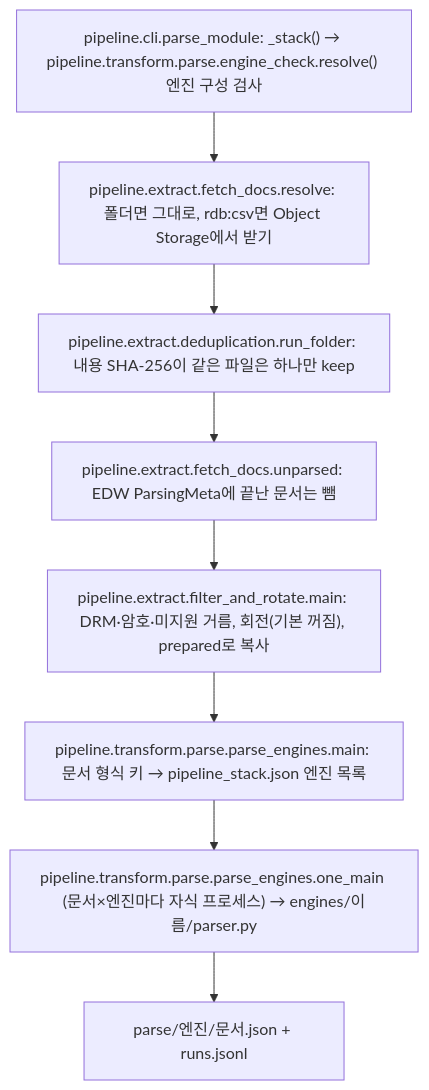
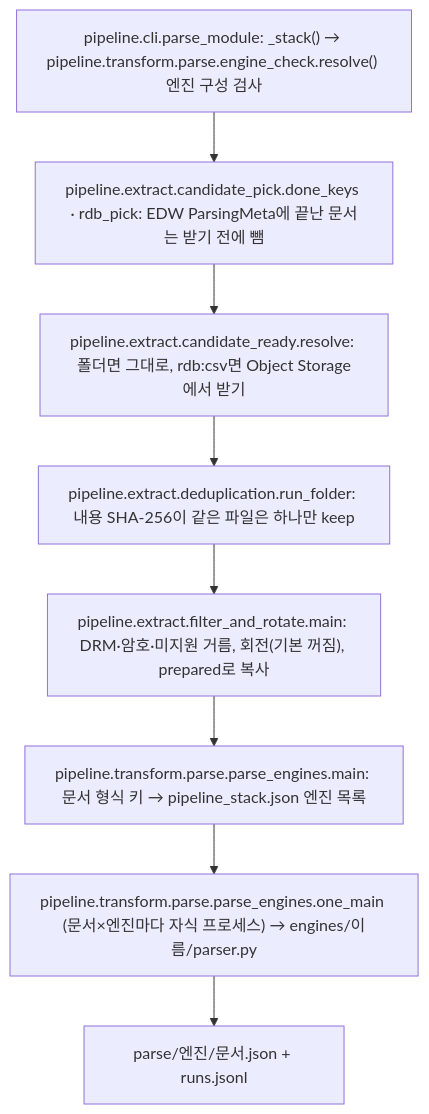
One commit to gigasamba/sbl_data_parsing changed the fourth of 11 diagrams in docs/architecture/parse_flow.md. Above: the diagram before and after it, drawn with Mermaid. The commit also changed other lines of this file and 5 other files, not shown here.

````diff
--- a/docs/architecture/parse_flow.md
+++ b/docs/architecture/parse_flow.md
@@ -163,12 +166,12 @@
 ```mermaid
 flowchart TD
     S0["pipeline.cli.parse_module: _stack() → pipeline.transform.parse.engine_check.resolve() 엔진 구성 검사"]
-    S1["pipeline.extract.fetch_docs.resolve: 폴더면 그대로, rdb:csv면 Object Storage에서 받기"]
-    S2["pipeline.extract.deduplication.run_folder: 내용 SHA-256이 같은 파일은 하나만 keep"]
-    S3["pipeline.extract.fetch_docs.unparsed: EDW ParsingMeta에 끝난 문서는 뺌"]
+    S1["pipeline.extract.candidate_pick.done_keys · rdb_pick: EDW ParsingMeta에 끝난 문서는 받기 전에 뺌"]
+    S2["pipeline.extract.candidate_ready.resolve: 폴더면 그대로, rdb:csv면 Object Storage에서 받기"]
+    S3["pipeline.extract.deduplication.run_folder: 내용 SHA-256이 같은 파일은 하나만 keep"]
     S4["pipeline.extract.filter_and_rotate.main: DRM·암호·미지원 거름, 회전(기본 꺼짐), prepared로 복사"]
     S5["pipeline.transform.parse.parse_engines.main: 문서 형식 키 → pipeline_stack.json 엔진 목록"]
     S6["pipeline.transform.parse.parse_engines.one_main (문서×엔진마다 자식 프로세스) → engines/이름/parser.py"]
     S7["parse/엔진/문서.json + runs.jsonl"]
     S0 --> S1 --> S2 --> S3 --> S4 --> S5 --> S6 --> S7
 ```
````
